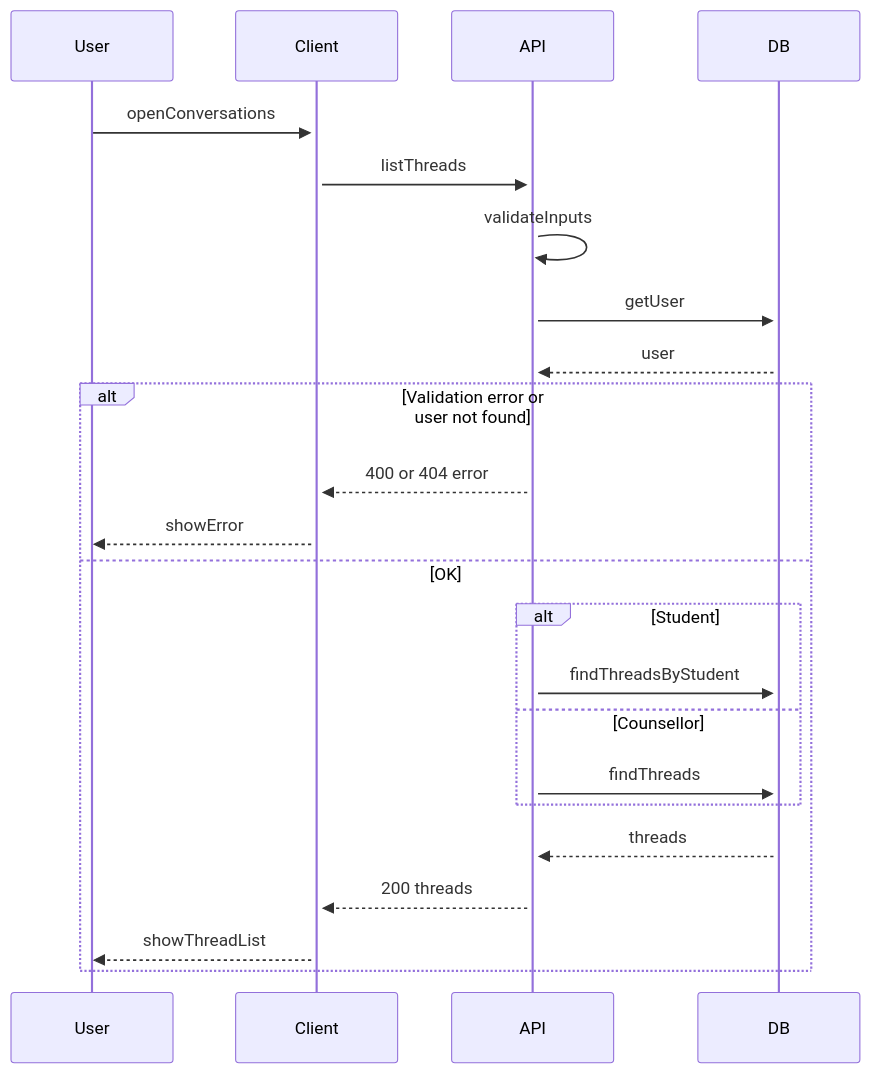
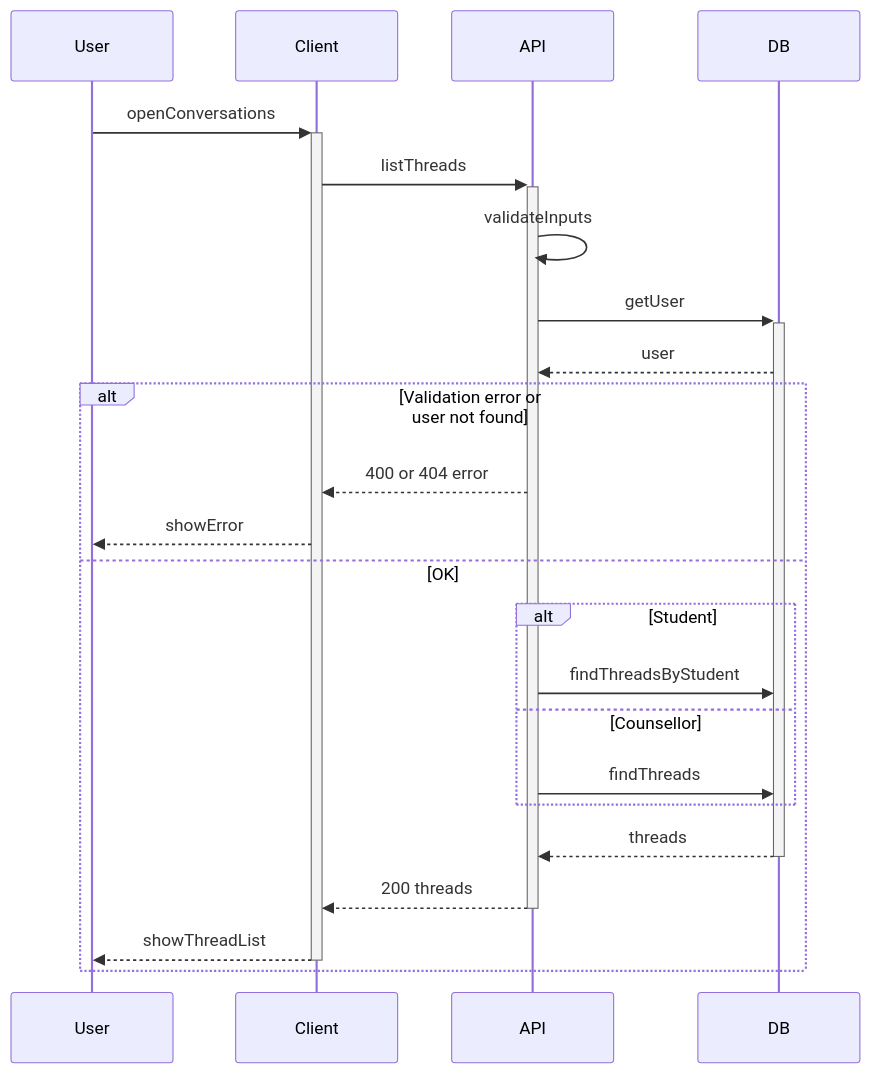
Before and after one commit to sandyleedev/student-mental-support-app: the diagram in docs/sequence-list-threads.md, drawn with Mermaid. The commit also changed 3 other files, not shown here.

````diff
--- a/docs/sequence-list-threads.md
+++ b/docs/sequence-list-threads.md
@@ -5,27 +5,27 @@
 ```mermaid
 sequenceDiagram
     participant User
     participant Client
     participant API
     participant DB
 
     User->>+Client: openConversations
     Client->>+API: listThreads
     API->>API: validateInputs
     API->>+DB: getUser
     DB-->>API: user
 
     alt Validation error or user not found
         API-->>Client: 400 or 404 error
         Client-->>User: showError
     else OK
         alt Student
-            API->>+DB: findThreadsByStudent
+            API->>DB: findThreadsByStudent
         else Counsellor
-            API->>+DB: findThreads
+            API->>DB: findThreads
         end
-        DB-->>API: threads
-        API-->>Client: 200 threads
-        Client-->>User: showThreadList
+        DB-->>-API: threads
+        API-->>-Client: 200 threads
+        Client-->>-User: showThreadList
     end
 ```
````
